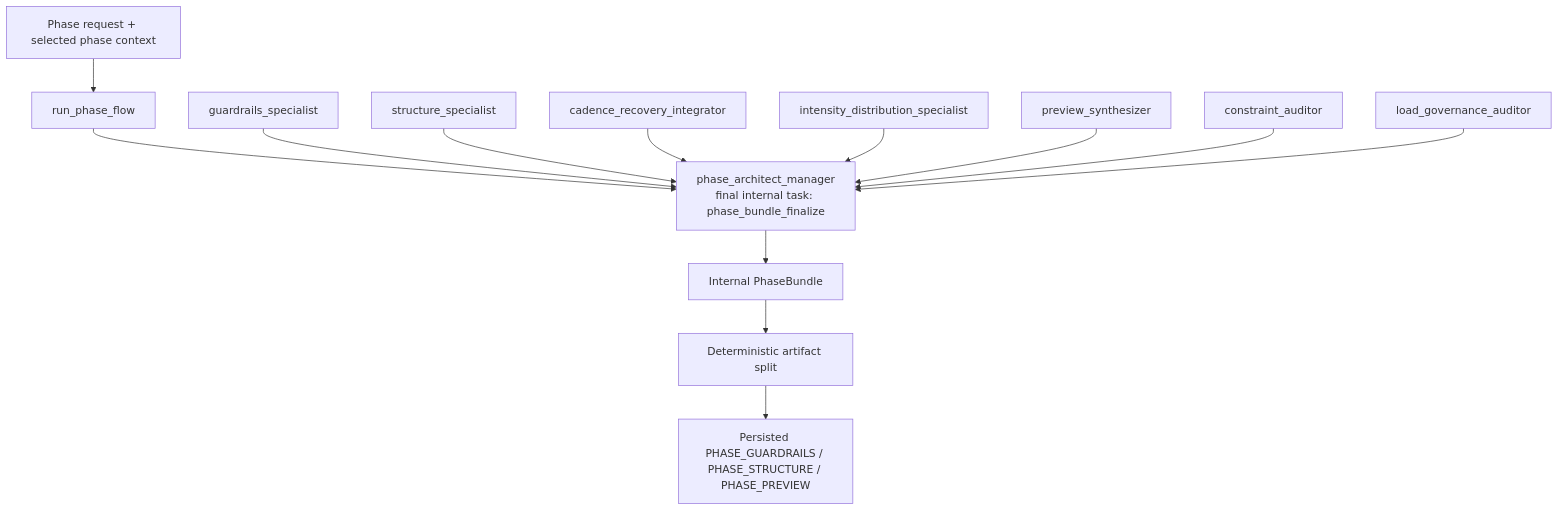
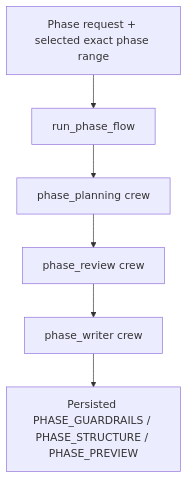
One commit to albauer-priv/RPS changed the third of 6 diagrams in doc/architecture/crewai_flows.md. Above: the diagram before and after it, drawn with Mermaid. The commit also changed other lines of this file and 5 other files, not shown here.

Commit message:
docs: update crewai skills and planning architecture

````diff
--- a/doc/architecture/crewai_flows.md
+++ b/doc/architecture/crewai_flows.md
@@ -193,16 +128,8 @@
 ```mermaid
 flowchart TD
-  INPUT["Phase request + selected phase context"] --> OUTER["run_phase_flow"]
-  OUTER --> MANAGER["phase_architect_manager
-final internal task: phase_bundle_finalize"]
-  GUARD["guardrails_specialist"] --> MANAGER
-  STRUCT["structure_specialist"] --> MANAGER
-  CADENCE["cadence_recovery_integrator"] --> MANAGER
-  INTENSITY["intensity_distribution_specialist"] --> MANAGER
-  PREVIEW["preview_synthesizer"] --> MANAGER
-  CONSTRAINT["constraint_auditor"] --> MANAGER
-  LOAD["load_governance_auditor"] --> MANAGER
-  MANAGER --> BUNDLE["Internal PhaseBundle"]
-  BUNDLE --> SPLIT["Deterministic artifact split"]
-  SPLIT --> OUTPUT["Persisted PHASE_GUARDRAILS / PHASE_STRUCTURE / PHASE_PREVIEW"]
+  INPUT["Phase request + selected exact phase range"] --> OUTER["run_phase_flow"]
+  OUTER --> PLAN["phase_planning crew"]
+  PLAN --> REVIEW["phase_review crew"]
+  REVIEW --> WRITER["phase_writer crew"]
+  WRITER --> OUTPUT["Persisted PHASE_GUARDRAILS / PHASE_STRUCTURE / PHASE_PREVIEW"]
 ```
````
